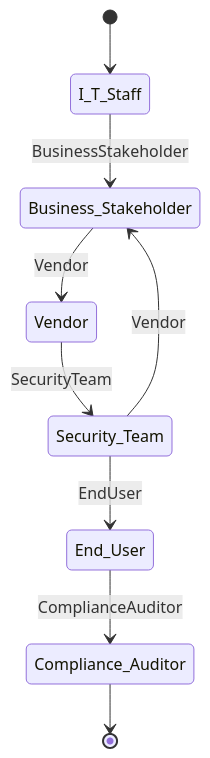
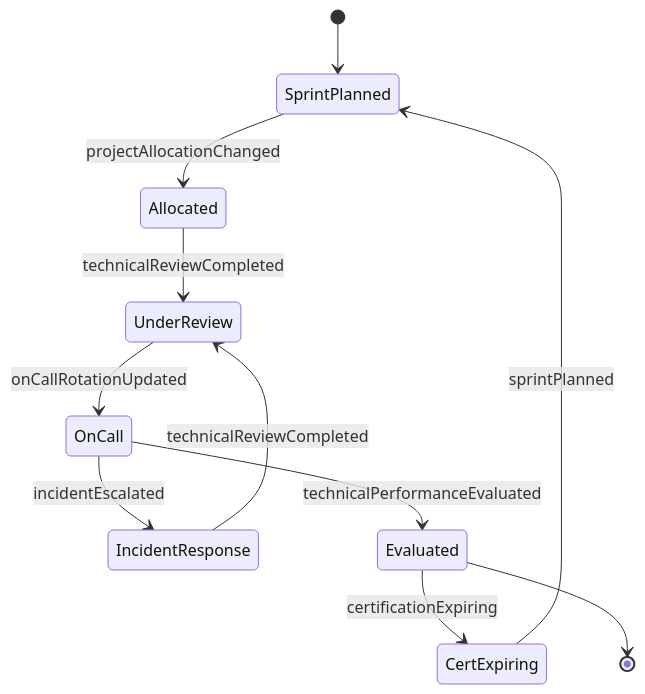
Before and after one commit to dot-org-ai/tasks.org.ai: the second of 4 diagrams in GuidingDirectingAndMotivatingSubordinates/SupervisePersonnelActivities/SuperviseInformationTechnologyPersonnel.mdx, drawn with Mermaid. The commit also changed other lines of this file and 515 other files, not shown here.

````diff
--- a/GuidingDirectingAndMotivatingSubordinates/SupervisePersonnelActivities/SuperviseInformationTechnologyPersonnel.mdx
+++ b/GuidingDirectingAndMotivatingSubordinates/SupervisePersonnelActivities/SuperviseInformationTechnologyPersonnel.mdx
@@ -102,11 +99,13 @@
 ```mermaid
 stateDiagram-v2
-    [*] --> I_T_Staff
-    I_T_Staff --> Business_Stakeholder: BusinessStakeholder
-    Business_Stakeholder --> Vendor: Vendor
-    Vendor --> Security_Team: SecurityTeam
-    Security_Team --> End_User: EndUser
-    End_User --> Compliance_Auditor: ComplianceAuditor
-    Security_Team --> Business_Stakeholder: Vendor
-    Compliance_Auditor --> [*]
+    [*] --> SprintPlanned
+    SprintPlanned --> Allocated : projectAllocationChanged
+    Allocated --> UnderReview : technicalReviewCompleted
+    UnderReview --> OnCall : onCallRotationUpdated
+    OnCall --> IncidentResponse : incidentEscalated
+    IncidentResponse --> UnderReview : technicalReviewCompleted
+    OnCall --> Evaluated : technicalPerformanceEvaluated
+    Evaluated --> CertExpiring : certificationExpiring
+    CertExpiring --> SprintPlanned : sprintPlanned
+    Evaluated --> [*]
 ```
````
